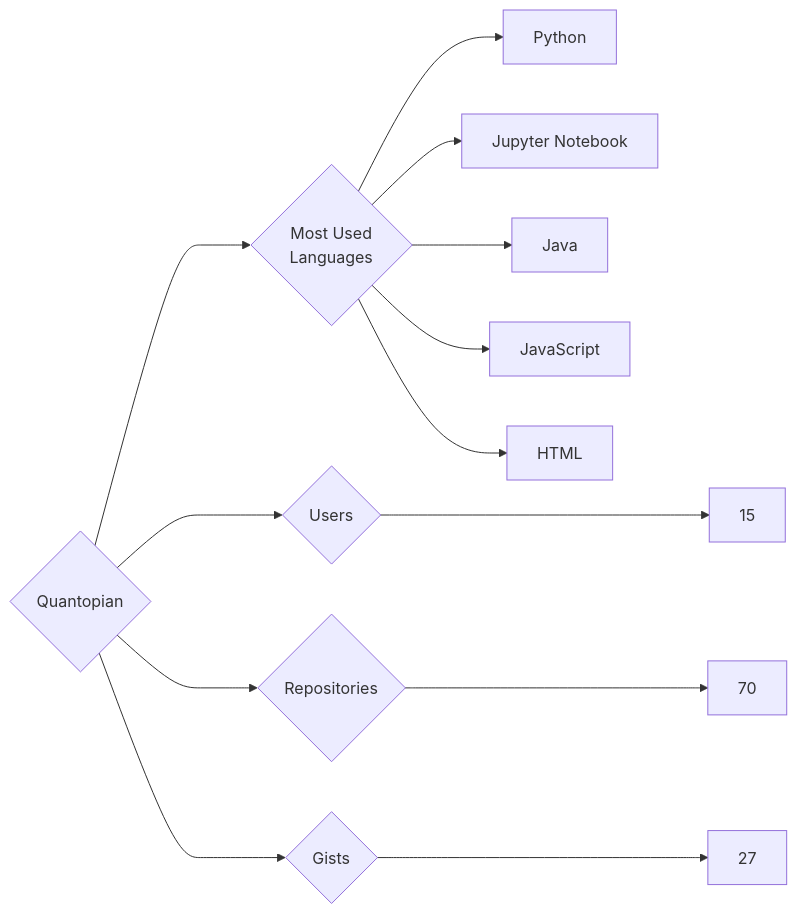
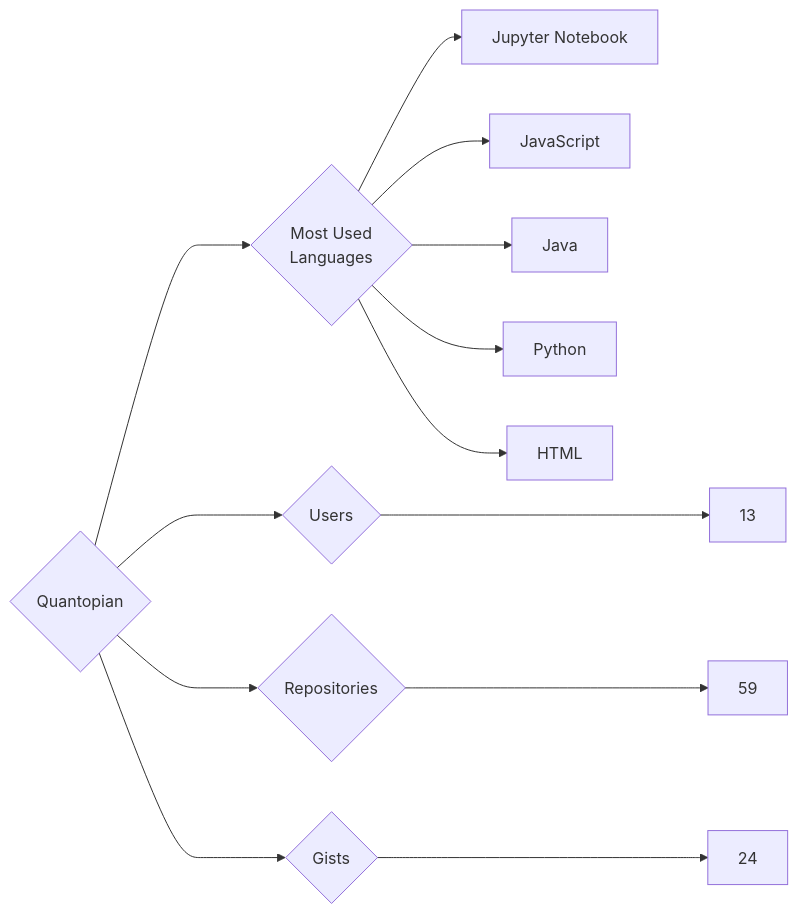
The diagram in targets/Quantopian/README.md (trickest/insiders), drawn with Mermaid before and after one commit. The commit also changed 1479 other files, not shown here.

````diff
--- a/targets/Quantopian/README.md
+++ b/targets/Quantopian/README.md
@@ -3,13 +3,13 @@
 ```mermaid
 graph LR
 COMPANY_NAME{Quantopian}
-COMPANY_NAME ---> U{Users} ---> UN[15]
-COMPANY_NAME ---> R{Repositories} ---> RN[70]
-COMPANY_NAME ---> G{Gists} ---> GN[27]
+COMPANY_NAME ---> U{Users} ---> UN[13]
+COMPANY_NAME ---> R{Repositories} ---> RN[59]
+COMPANY_NAME ---> G{Gists} ---> GN[24]
 COMPANY_NAME ---> ML{Most Used<br>Languages}
+ML --> Jupyter_Notebook[Jupyter Notebook]
+ML --> JavaScript[JavaScript]
+ML --> Java[Java]
 ML --> Python[Python]
-ML --> Jupyter_Notebook[Jupyter Notebook]
-ML --> Java[Java]
-ML --> JavaScript[JavaScript]
 ML --> HTML[HTML]
 ```
````
